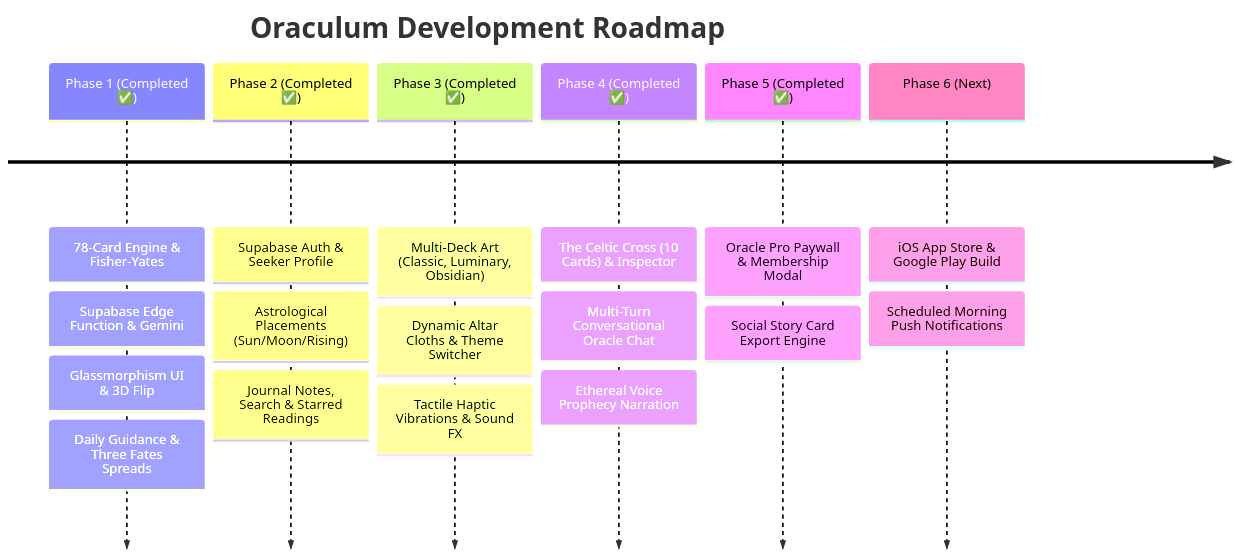
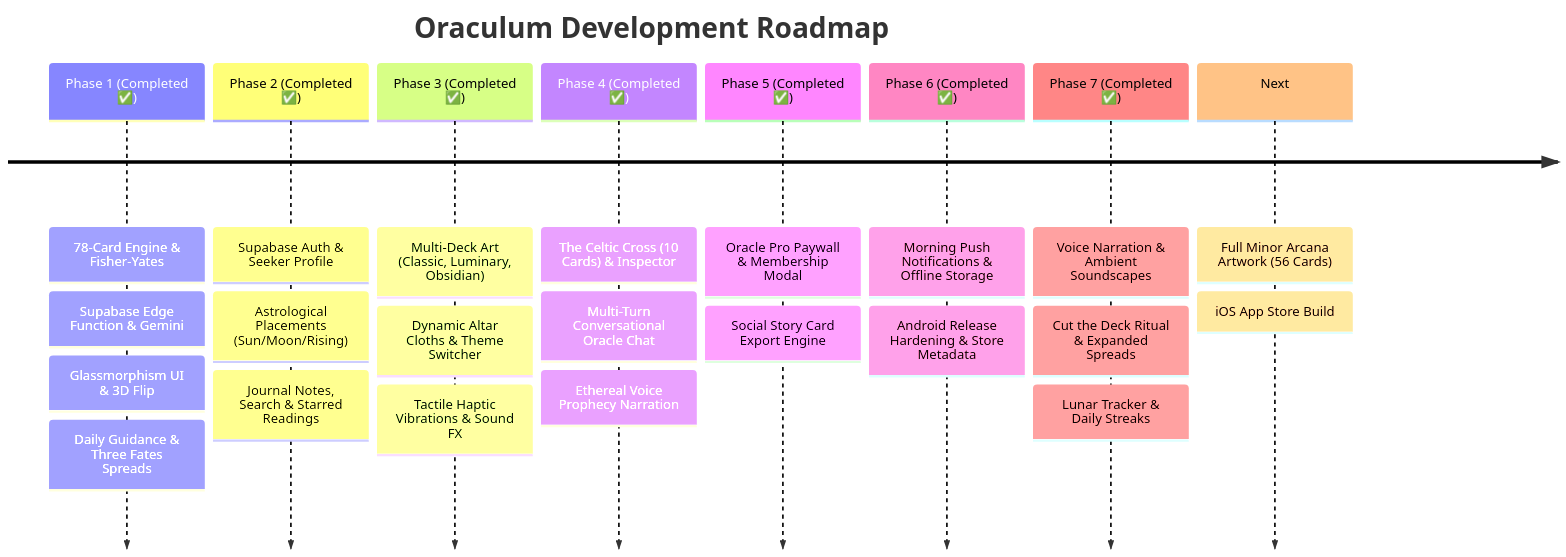
The diagram in ROADMAP.md (Dreke20/TarotApp), drawn with Mermaid before and after one commit. The commit also changed 1 other file, not shown here.

Commit message:
fix: load .jpg card artwork in shuffled readings; sync roadmap timeline with Phase 6-7

````diff
--- a/ROADMAP.md
+++ b/ROADMAP.md
@@ -9,21 +9,26 @@
 ```mermaid
 timeline
     title Oraculum Development Roadmap
     Phase 1 (Completed ✅) : 78-Card Engine & Fisher-Yates
                           : Supabase Edge Function & Gemini
                           : Glassmorphism UI & 3D Flip
                           : Daily Guidance & Three Fates Spreads
     Phase 2 (Completed ✅) : Supabase Auth & Seeker Profile
                           : Astrological Placements (Sun/Moon/Rising)
                           : Journal Notes, Search & Starred Readings
     Phase 3 (Completed ✅) : Multi-Deck Art (Classic, Luminary, Obsidian)
                           : Dynamic Altar Cloths & Theme Switcher
                           : Tactile Haptic Vibrations & Sound FX
     Phase 4 (Completed ✅) : The Celtic Cross (10 Cards) & Inspector
                           : Multi-Turn Conversational Oracle Chat
                           : Ethereal Voice Prophecy Narration
     Phase 5 (Completed ✅) : Oracle Pro Paywall & Membership Modal
                           : Social Story Card Export Engine
-    Phase 6 (Next)        : iOS App Store & Google Play Build
-                          : Scheduled Morning Push Notifications
+    Phase 6 (Completed ✅) : Morning Push Notifications & Offline Storage
+                          : Android Release Hardening & Store Metadata
+    Phase 7 (Completed ✅) : Voice Narration & Ambient Soundscapes
+                          : Cut the Deck Ritual & Expanded Spreads
+                          : Lunar Tracker & Daily Streaks
+    Next                  : Full Minor Arcana Artwork (56 Cards)
+                          : iOS App Store Build
 ```
````
